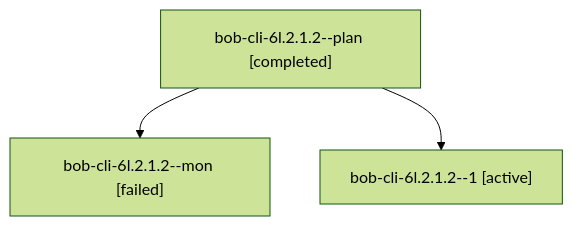
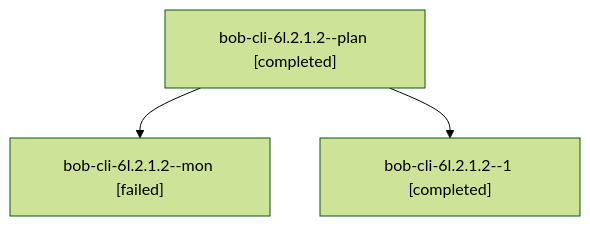
One commit to bobs-org/bob-cli--agents changed the diagram in sessions/bbugyi200.apollo.bob-cli-6l.2.1.2.md. Above: the diagram before and after it, drawn with Mermaid (forest theme). The commit also changed other lines of this file and 29 other files, not shown here.

````diff
--- a/sessions/bbugyi200.apollo.bob-cli-6l.2.1.2.md
+++ b/sessions/bbugyi200.apollo.bob-cli-6l.2.1.2.md
@@ -9,8 +9,8 @@
 ```mermaid
 flowchart TD
   n0["bob-cli-6l.2.1.2--plan [completed]"]
   n1["bob-cli-6l.2.1.2--mon [failed]"]
   n0 --> n1
-  n2["bob-cli-6l.2.1.2--1 [active]"]
+  n2["bob-cli-6l.2.1.2--1 [completed]"]
   n0 --> n2
 ```
````
